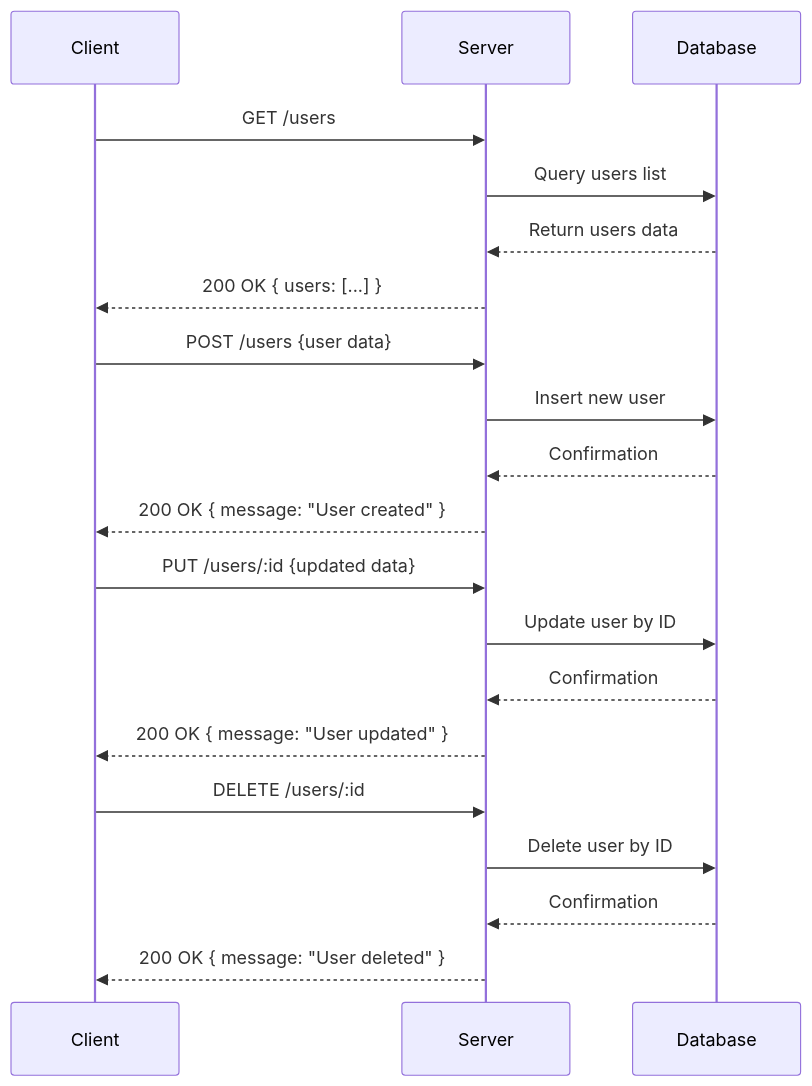
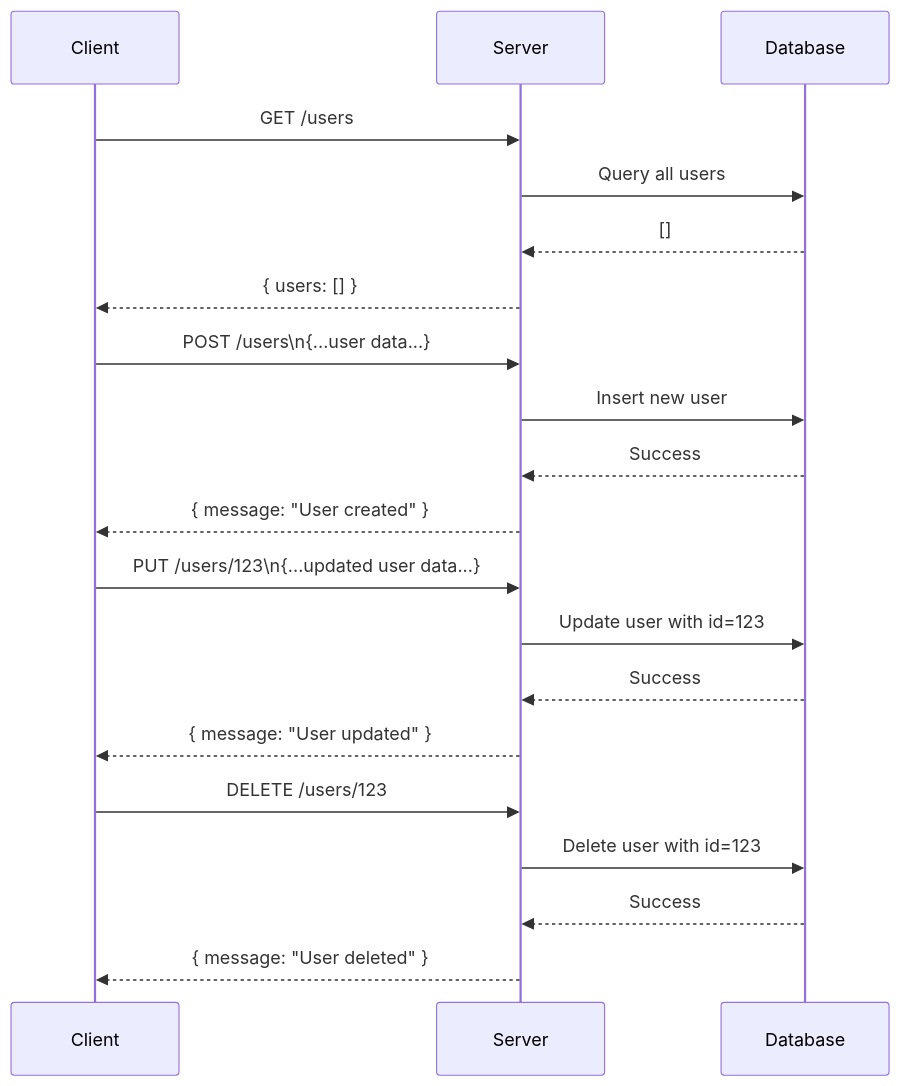
Before and after one commit to shruthikha/sample-api-project: the diagram in generated-api-docs.md, drawn with Mermaid. The commit also changed other lines of this file, not shown here.

````diff
--- a/generated-api-docs.md
+++ b/generated-api-docs.md
@@ -296,26 +183,26 @@
 ```mermaid
 sequenceDiagram
     participant Client
     participant Server
     participant Database
 
     Client->>Server: GET /users
-    Server->>Database: Query users list
-    Database-->>Server: Return users data
-    Server-->>Client: 200 OK { users: [...] }
+    Server->>Database: Query all users
+    Database-->>Server: []
+    Server-->>Client: { users: [] }
 
-    Client->>Server: POST /users {user data}
+    Client->>Server: POST /users\n{...user data...}
     Server->>Database: Insert new user
-    Database-->>Server: Confirmation
-    Server-->>Client: 200 OK { message: "User created" }
+    Database-->>Server: Success
+    Server-->>Client: { message: "User created" }
 
-    Client->>Server: PUT /users/:id {updated data}
-    Server->>Database: Update user by ID
-    Database-->>Server: Confirmation
-    Server-->>Client: 200 OK { message: "User updated" }
+    Client->>Server: PUT /users/123\n{...updated user data...}
+    Server->>Database: Update user with id=123
+    Database-->>Server: Success
+    Server-->>Client: { message: "User updated" }
 
-    Client->>Server: DELETE /users/:id
-    Server->>Database: Delete user by ID
-    Database-->>Server: Confirmation
-    Server-->>Client: 200 OK { message: "User deleted" }
+    Client->>Server: DELETE /users/123
+    Server->>Database: Delete user with id=123
+    Database-->>Server: Success
+    Server-->>Client: { message: "User deleted" }
 ```
````
